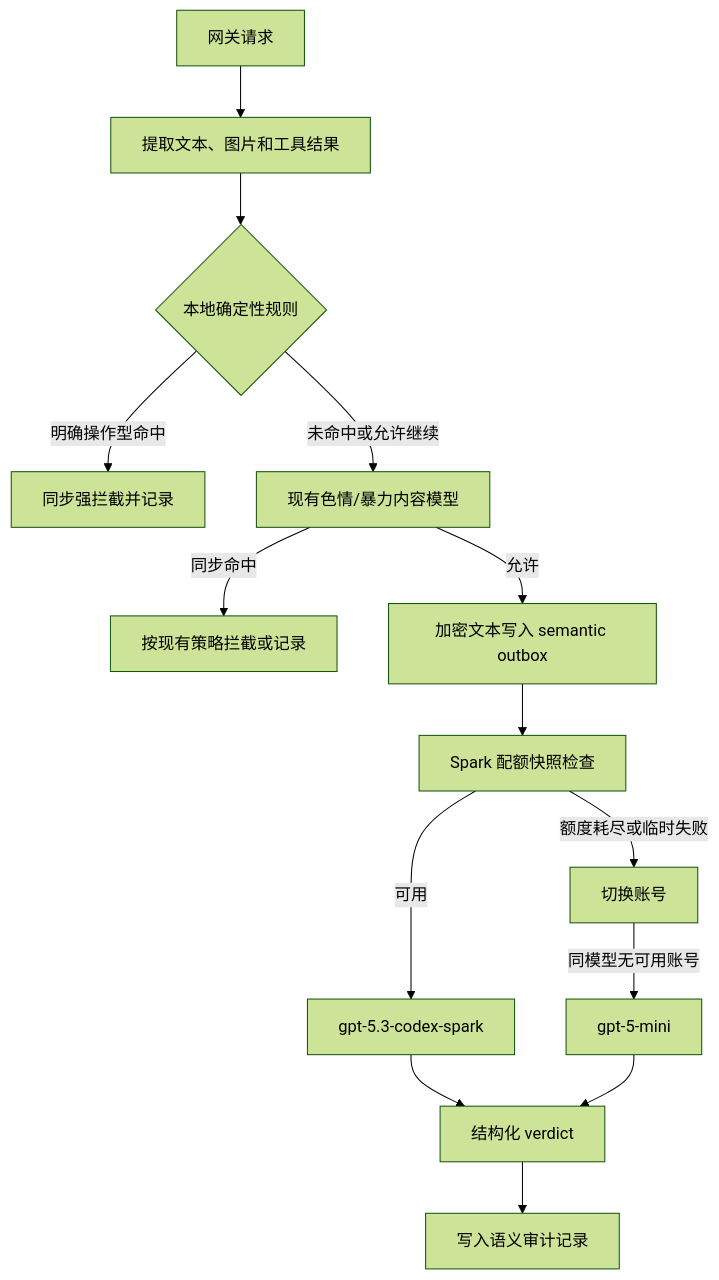
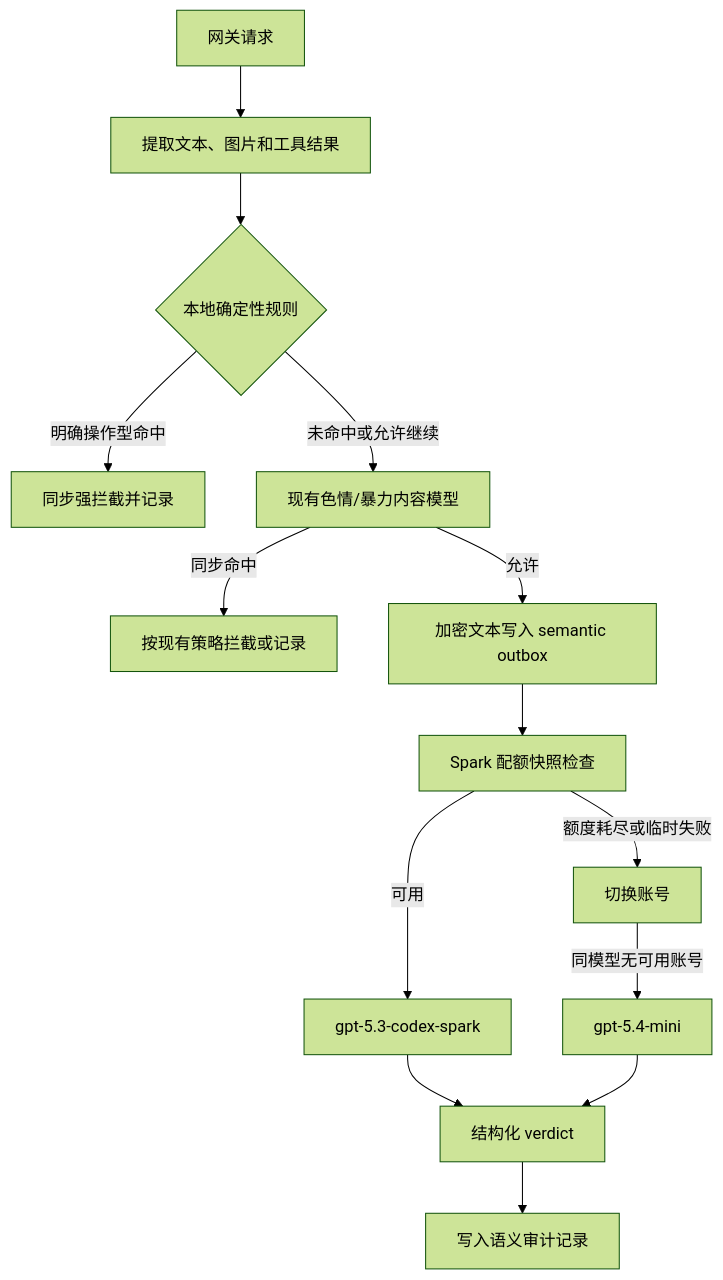
Before and after one commit to AixLau/sub2api: the diagram in docs/risk-control/content-moderation-semantic-review.md, drawn with Mermaid (forest theme). The commit also changed other lines of this file and 11 other files, not shown here.

````diff
--- a/docs/risk-control/content-moderation-semantic-review.md
+++ b/docs/risk-control/content-moderation-semantic-review.md
@@ -17,16 +17,16 @@
 ```mermaid
 flowchart TD
     A[网关请求] --> B[提取文本、图片和工具结果]
     B --> C{本地确定性规则}
     C -->|明确操作型命中| D[同步强拦截并记录]
     C -->|未命中或允许继续| E[现有色情/暴力内容模型]
     E -->|同步命中| F[按现有策略拦截或记录]
     E -->|允许| G[加密文本写入 semantic outbox]
     G --> H[Spark 配额快照检查]
     H -->|可用| I[gpt-5.3-codex-spark]
     H -->|额度耗尽或临时失败| J[切换账号]
-    J -->|同模型无可用账号| K[gpt-5-mini]
+    J -->|同模型无可用账号| K[gpt-5.4-mini]
     I --> L[结构化 verdict]
     K --> L
     L --> M[写入语义审计记录]
 ```
````
